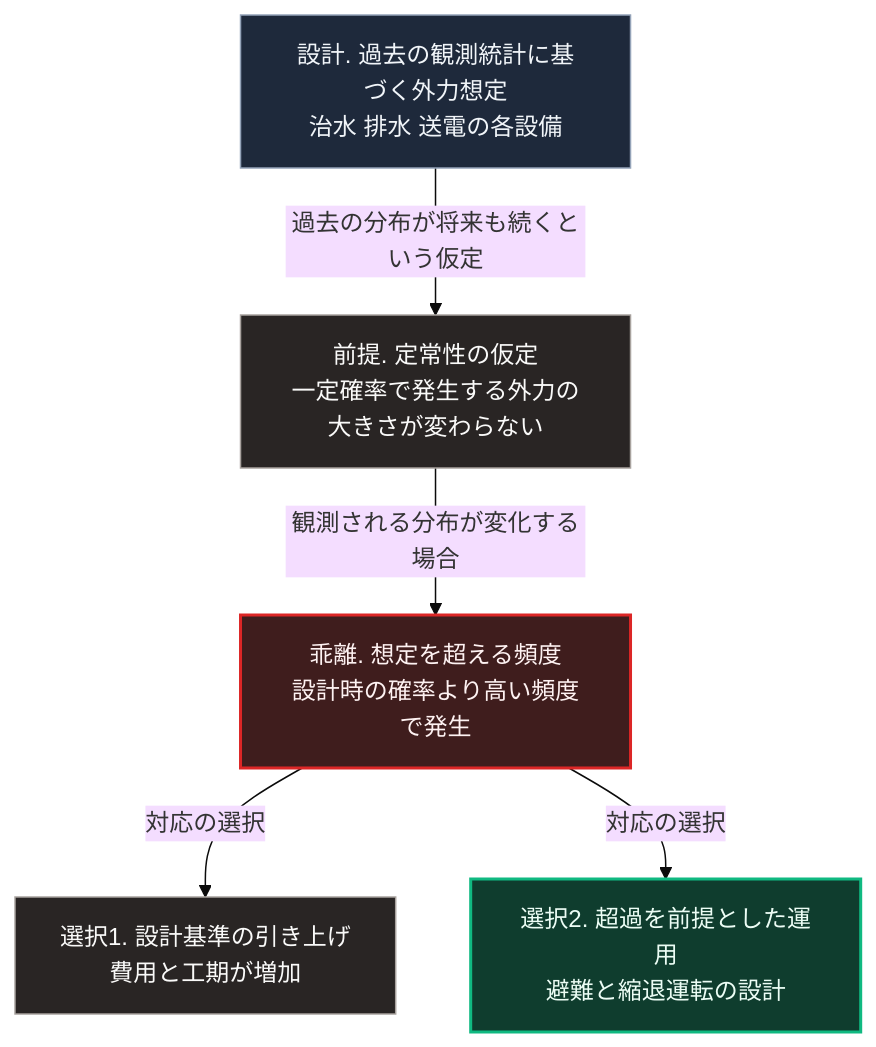
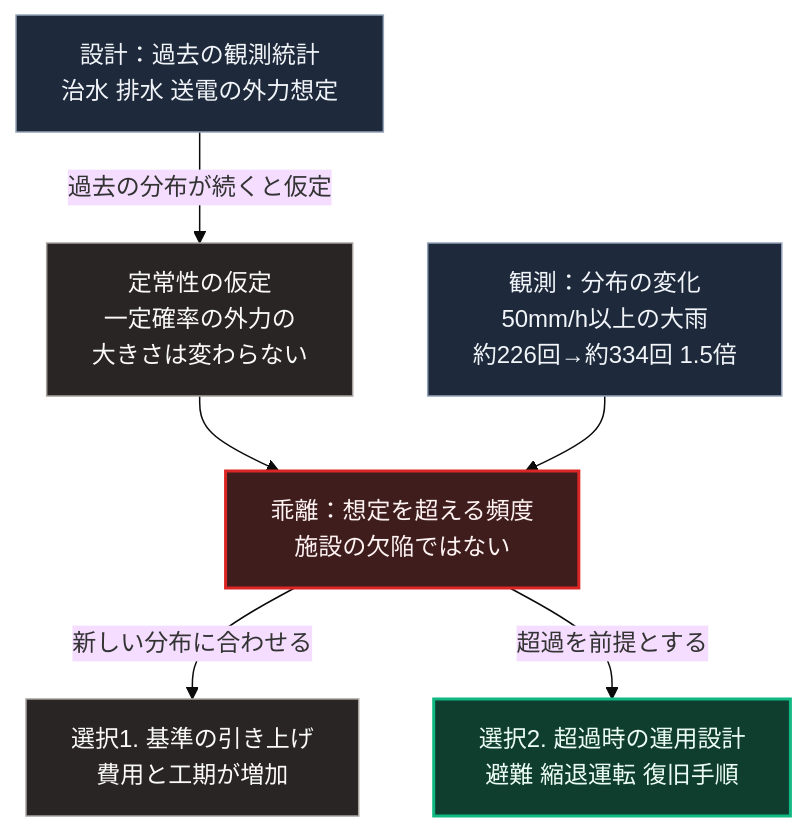
The diagram in books/sovereign-resilience-blueprint/27_climate-change-physical-catastrophe.md (Takenori-Kusaka/zenn-content), drawn with Mermaid (base theme) before and after one commit. The commit also changed other lines of this file and 114 other files, not shown here.

````diff
--- a/books/sovereign-resilience-blueprint/27_climate-change-physical-catastrophe.md
+++ b/books/sovereign-resilience-blueprint/27_climate-change-physical-catastrophe.md
@@ -57,14 +57,17 @@
 ```mermaid
 flowchart TD
-    A[設計. 過去の観測統計に基づく外力想定<br>治水 排水 送電の各設備]
-    A -->|過去の分布が将来も続くという仮定| B[前提. 定常性の仮定<br>一定確率で発生する外力の大きさが変わらない]
-    B -->|観測される分布が変化する場合| C[乖離. 想定を超える頻度<br>設計時の確率より高い頻度で発生]
-    C -->|対応の選択| D[選択1. 設計基準の引き上げ<br>費用と工期が増加]
-    C -->|対応の選択| E[選択2. 超過を前提とした運用<br>避難と縮退運転の設計]
+    A[設計：過去の観測統計<br>治水 排水 送電の外力想定]
+    A -->|過去の分布が続くと仮定| B[定常性の仮定<br>一定確率の外力の<br>大きさは変わらない]
+    O[観測：分布の変化<br>50mm/h以上の大雨<br>約226回→約334回 1.5倍]
+    B --> C[乖離：想定を超える頻度<br>施設の欠陥ではない]
+    O --> C
+    C -->|新しい分布に合わせる| D[選択1. 基準の引き上げ<br>費用と工期が増加]
+    C -->|超過を前提とする| E[選択2. 超過時の運用設計<br>避難 縮退運転 復旧手順]
 
     style A fill:#1e293b,stroke:#94a3b8,color:#f1f5f9
     style B fill:#292524,stroke:#a8a29e,color:#fafaf9
+    style O fill:#1e293b,stroke:#94a3b8,color:#f1f5f9
     style C fill:#3f1d1d,stroke:#dc2626,stroke-width:2px,color:#fef2f2
     style D fill:#292524,stroke:#a8a29e,color:#fafaf9
     style E fill:#0f3d2e,stroke:#10b981,stroke-width:2px,color:#ecfdf5
 ```
````
